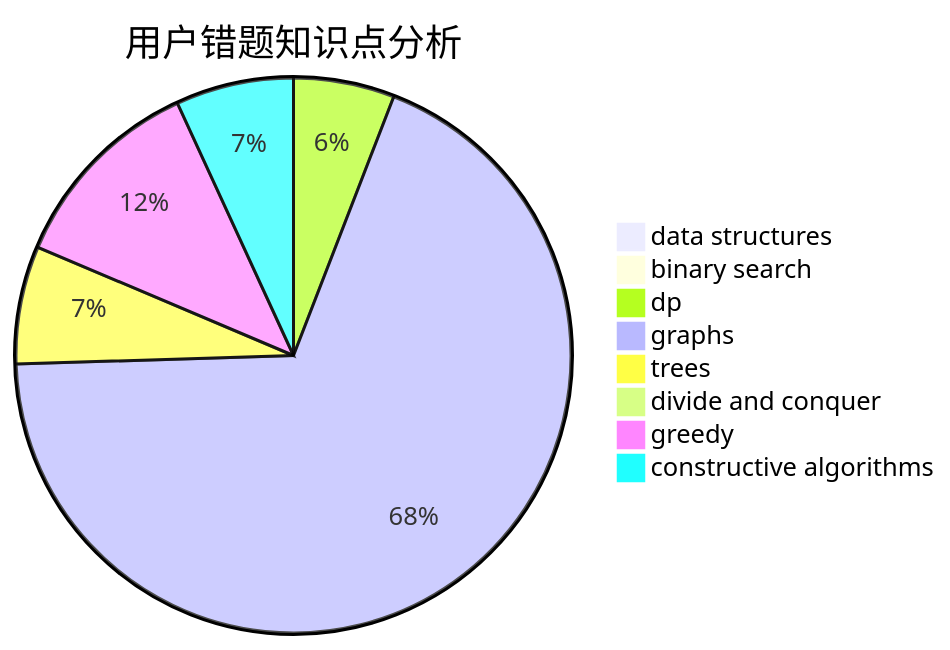
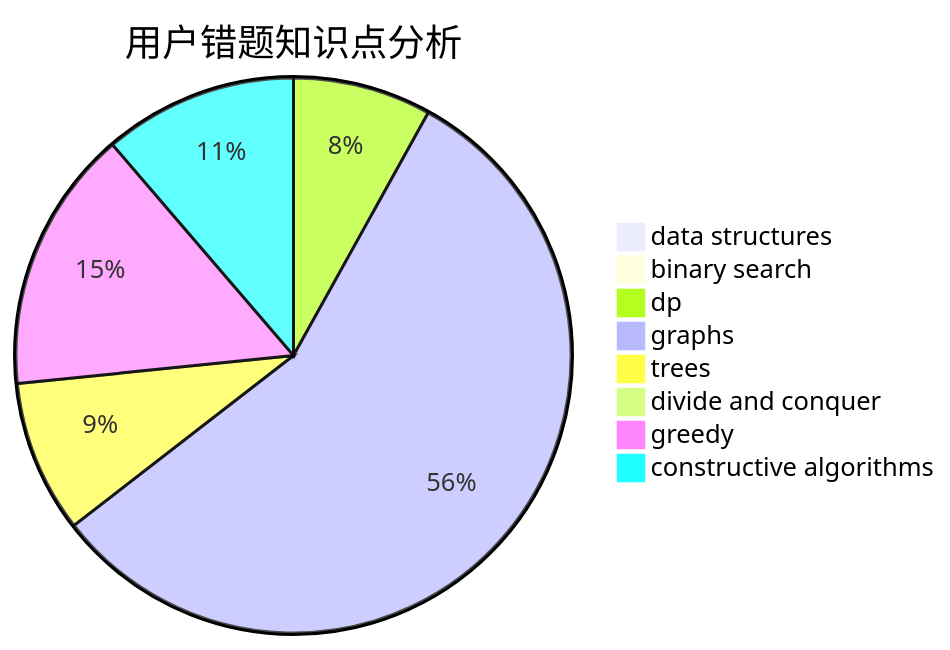
Before and after one commit to sherpahu/cfrs.github.io: the third of 3 diagrams in docs/user/u1457.md, drawn with Mermaid. The commit also changed other lines of this file and 2770 other files, not shown here.

````diff
--- a/docs/user/u1457.md
+++ b/docs/user/u1457.md
@@ -36,11 +36,11 @@
 ```mermaid
 pie title 用户错题知识点分析
     "data structures" :  1
     "binary search" :  0
-    "dp" :  6
+    "dp" :  10
     "graphs" :  70
-    "trees" :  7
+    "trees" :  11
     "divide and conquer" :  0
-    "greedy" :  12
-    "constructive algorithms" :  7
+    "greedy" :  19
+    "constructive algorithms" :  14
 ```
````
